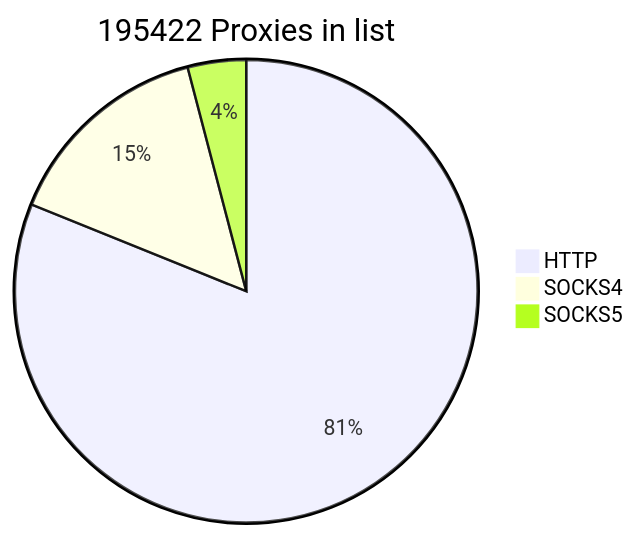
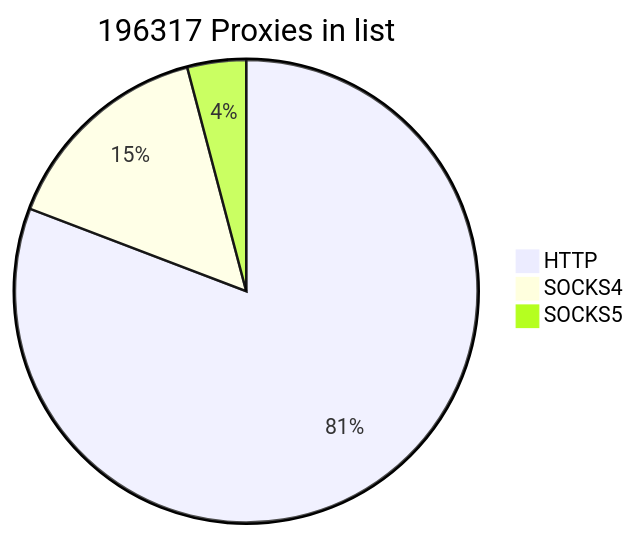
Before and after one commit to cutipu/proxylist: the first of 2 diagrams in README.md, drawn with Mermaid. The commit also changed other lines of this file, not shown here.

````diff
--- a/README.md
+++ b/README.md
@@ -2,7 +2,7 @@
 ```mermaid
-pie title 195422 Proxies in list
-    "HTTP" : 158505
-    "SOCKS4" : 28950
-    "SOCKS5" : 7967
+pie title 196317 Proxies in list
+    "HTTP" : 158629
+    "SOCKS4" : 29629
+    "SOCKS5" : 8059
             
 ```
````
